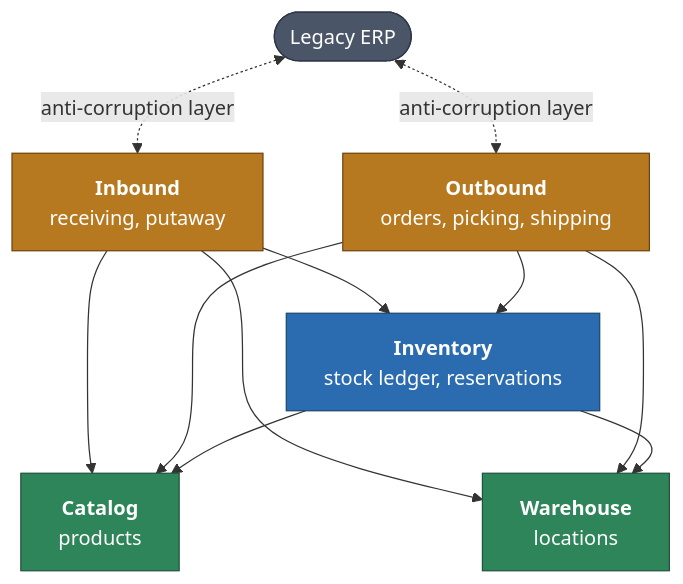
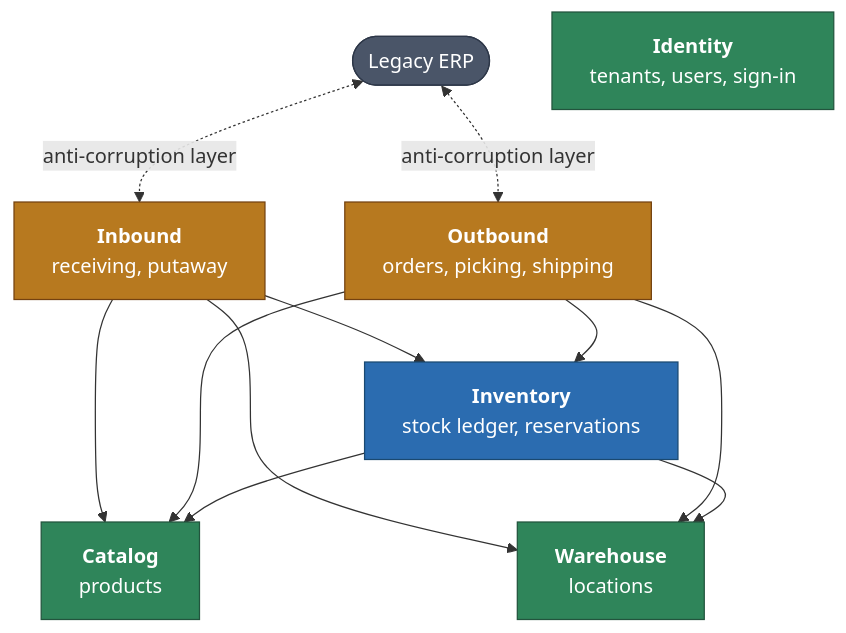
One commit to Fit0/estiba-wms changed the diagram in docs/domain/context-map.md. Above: the diagram before and after it, drawn with Mermaid. The commit also changed other lines of this file and 116 other files, not shown here.

````diff
--- a/docs/domain/context-map.md
+++ b/docs/domain/context-map.md
@@ -9,26 +9,27 @@
 ```mermaid
 flowchart TB
     erp(["Legacy ERP"]):::ext
     inbound["<b>Inbound</b><br/>receiving, putaway"]:::down
     outbound["<b>Outbound</b><br/>orders, picking, shipping"]:::down
     inventory["<b>Inventory</b><br/>stock ledger, reservations"]:::core
     catalog["<b>Catalog</b><br/>products"]:::up
     warehouse["<b>Warehouse</b><br/>locations"]:::up
+    identity["<b>Identity</b><br/>tenants, users, sign-in"]:::up
 
     inbound --> inventory
     outbound --> inventory
     inbound --> catalog
     inbound --> warehouse
     outbound --> catalog
     outbound --> warehouse
     inventory --> catalog
     inventory --> warehouse
 
     erp <-.->|"anti-corruption layer"| inbound
     erp <-.->|"anti-corruption layer"| outbound
 
     classDef up fill:#2f855a,stroke:#22543d,color:#ffffff
     classDef core fill:#2b6cb0,stroke:#1a4971,color:#ffffff
     classDef down fill:#b7791f,stroke:#744210,color:#ffffff
     classDef ext fill:#4a5568,stroke:#2d3748,color:#ffffff
 ```
````
